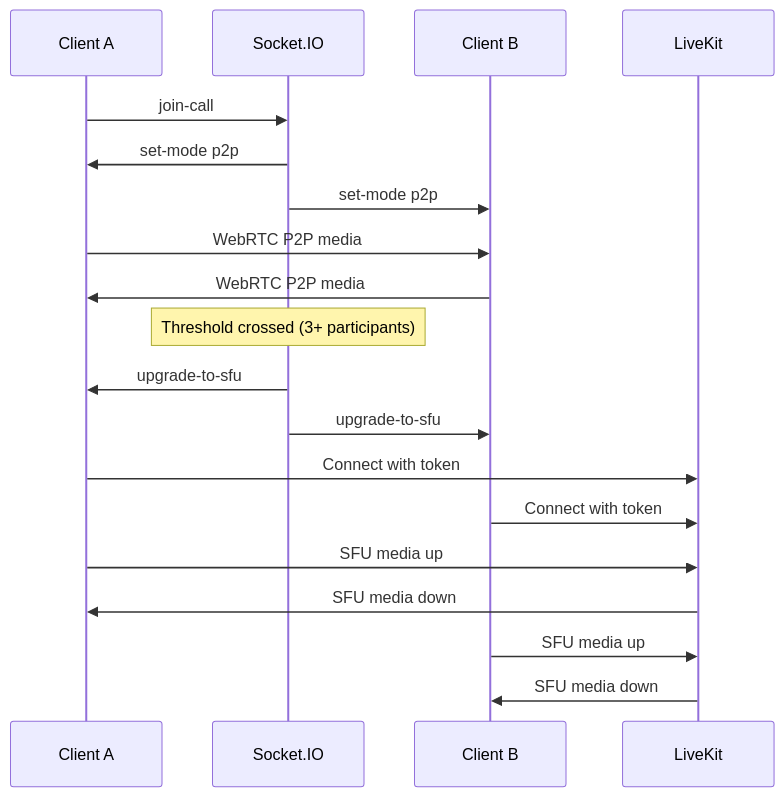
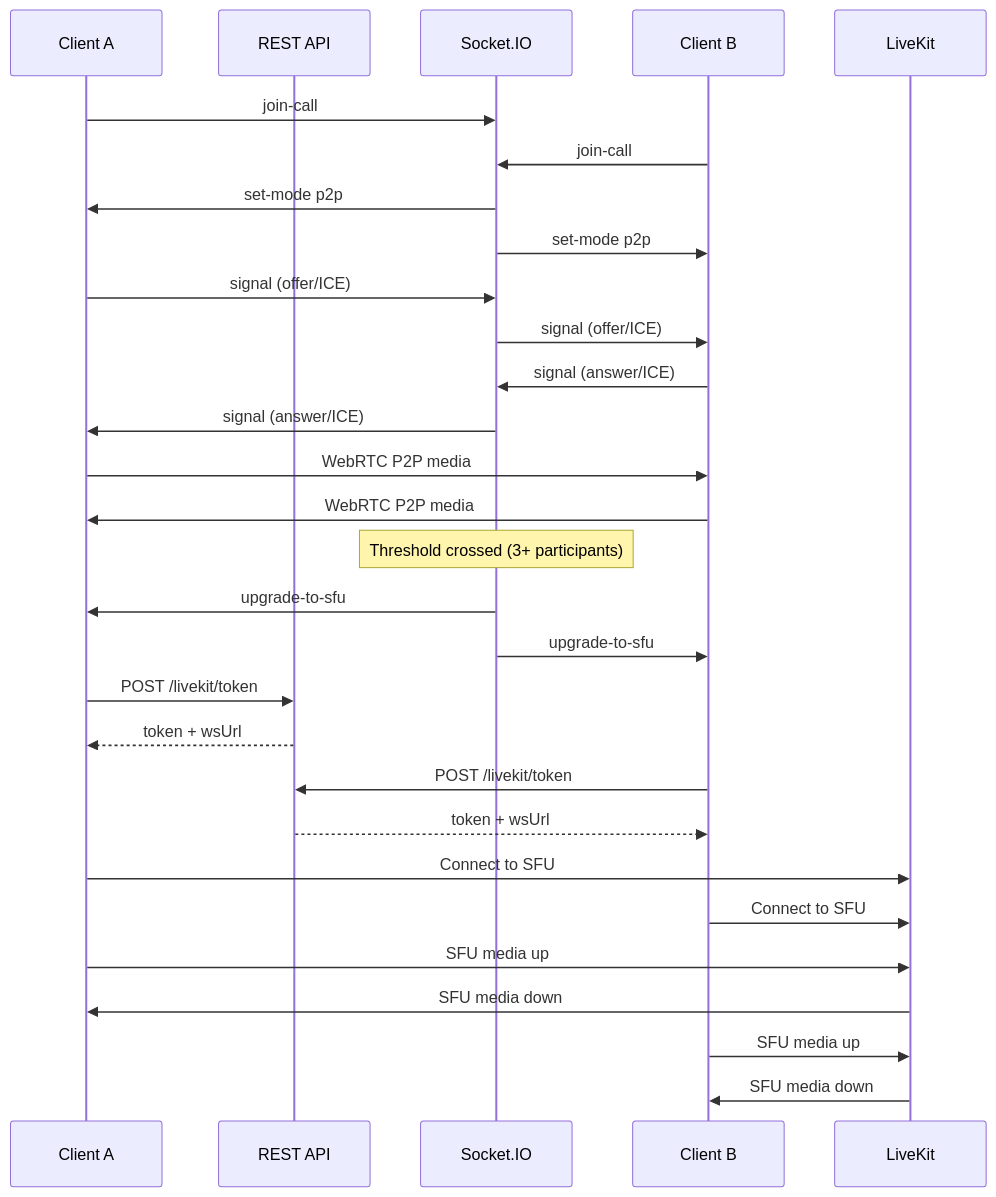
The second of 2 diagrams in README.md (MANANPATEL7310/ConvoX), drawn with Mermaid before and after one commit. The commit also changed other lines of this file, not shown here.

Commit message:
fix : change diagram

````diff
--- a/README.md
+++ b/README.md
@@ -77,23 +85,33 @@
 ```mermaid
 sequenceDiagram
   participant A as Client A
+  participant API as REST API
   participant S as Socket.IO
   participant B as Client B
   participant L as LiveKit
 
   A->>S: join-call
+  B->>S: join-call
   S->>A: set-mode p2p
   S->>B: set-mode p2p
+  A->>S: signal (offer/ICE)
+  S->>B: signal (offer/ICE)
+  B->>S: signal (answer/ICE)
+  S->>A: signal (answer/ICE)
   A->>B: WebRTC P2P media
   B->>A: WebRTC P2P media
 
   Note over S: Threshold crossed (3+ participants)
   S->>A: upgrade-to-sfu
   S->>B: upgrade-to-sfu
-  A->>L: Connect with token
-  B->>L: Connect with token
+  A->>API: POST /livekit/token
+  API-->>A: token + wsUrl
+  B->>API: POST /livekit/token
+  API-->>B: token + wsUrl
+  A->>L: Connect to SFU
+  B->>L: Connect to SFU
   A->>L: SFU media up
   L->>A: SFU media down
   B->>L: SFU media up
   L->>B: SFU media down
 ```
````
